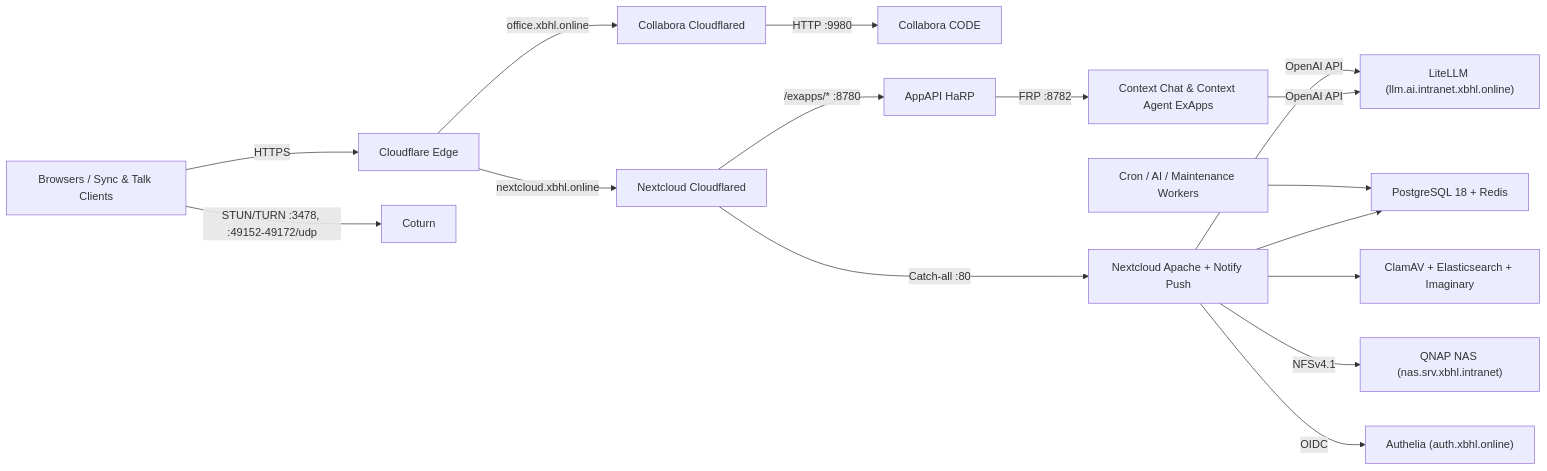
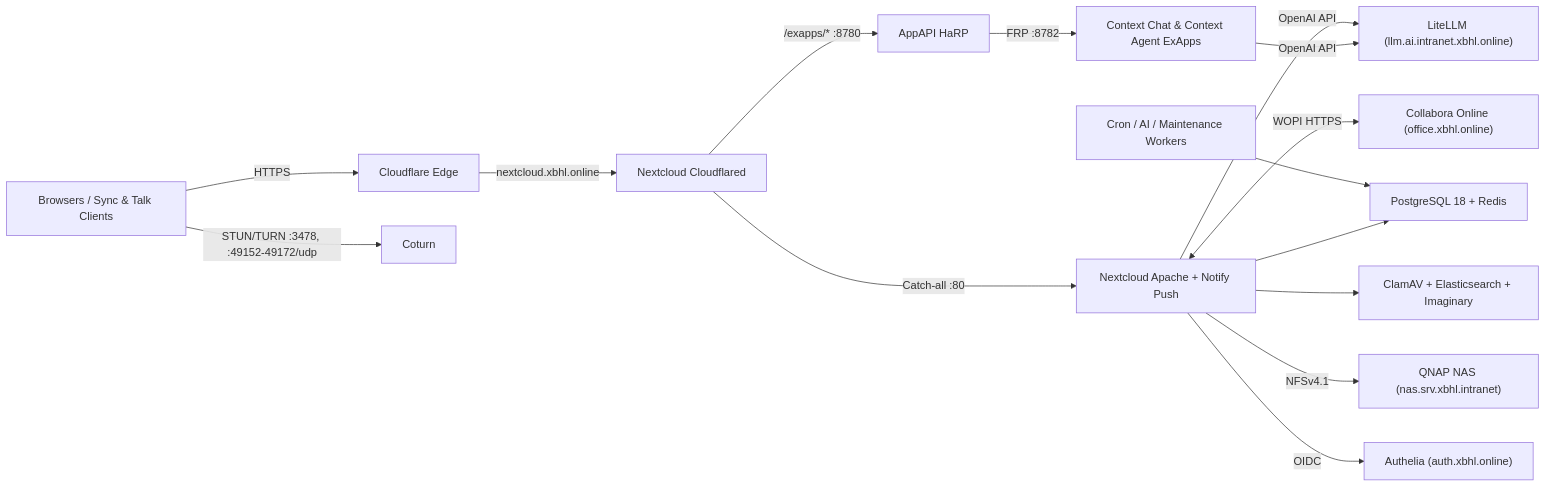
Before and after one commit to lbarczynski-home-lab/nextcloud: the diagram in README.md, drawn with Mermaid. The commit also changed other lines of this file and 43 other files, not shown here.

Commit message:
chore(nextcloud): decouple Collabora into standalone collabora-office deployment

````diff
--- a/README.md
+++ b/README.md
@@ -19,18 +19,17 @@
 ```mermaid
 flowchart LR
     Clients["Browsers / Sync & Talk Clients"] -->|"HTTPS"| CF["Cloudflare Edge"]
     Clients -->|"STUN/TURN :3478, :49152-49172/udp"| Coturn["Coturn"]
     CF -->|"nextcloud.xbhl.online"| NCFD["Nextcloud Cloudflared"]
-    CF -->|"office.xbhl.online"| CCFD["Collabora Cloudflared"]
-    CCFD -->|"HTTP :9980"| Collab["Collabora CODE"]
     NCFD -->|"/exapps/* :8780"| Harp["AppAPI HaRP"]
     Harp -->|"FRP :8782"| ExApps["Context Chat & Context Agent ExApps"]
     NCFD -->|"Catch-all :80"| NC["Nextcloud Apache + Notify Push"]
+    NC <-->|"WOPI HTTPS"| Collab["Collabora Online (office.xbhl.online)"]
     Workers["Cron / AI / Maintenance Workers"] --> Core["PostgreSQL 18 + Redis"]
     NC --> Core
     NC --> Sidecars["ClamAV + Elasticsearch + Imaginary"]
     NC -->|"NFSv4.1"| NAS["QNAP NAS (nas.srv.xbhl.intranet)"]
     NC -->|"OIDC"| Authelia["Authelia (auth.xbhl.online)"]
     NC -->|"OpenAI API"| LLM["LiteLLM (llm.ai.intranet.xbhl.online)"]
     ExApps -->|"OpenAI API"| LLM
 ```
````
